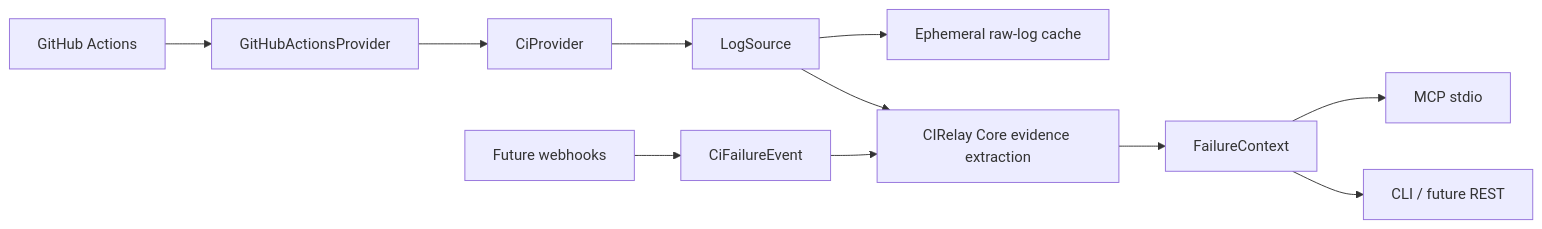
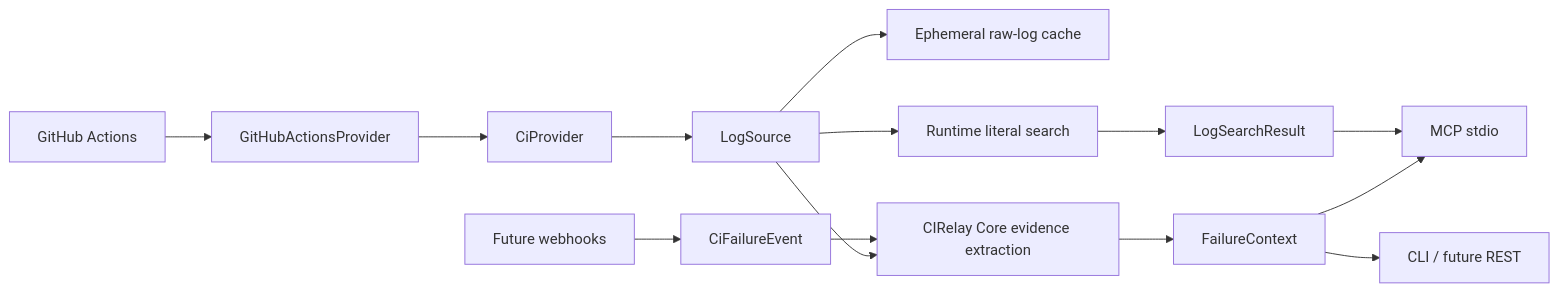
One commit to WaterMelonKnight/CIRelay changed the diagram in docs/architecture.md. Above: the diagram before and after it, drawn with Mermaid. The commit also changed other lines of this file and 7 other files, not shown here.

Commit message:
Add runtime CI job log search

````diff
--- a/docs/architecture.md
+++ b/docs/architecture.md
@@ -7,12 +7,15 @@
 ```mermaid
 flowchart LR
   GH[GitHub Actions] --> GHP[GitHubActionsProvider]
   GHP --> P[CiProvider]
   P --> LS[LogSource]
   LS --> Cache[Ephemeral raw-log cache]
   LS --> Core[CIRelay Core evidence extraction]
+  LS --> Search[Runtime literal search]
   Core --> FC[FailureContext]
+  Search --> LSR[LogSearchResult]
   FC --> MCP[MCP stdio]
+  LSR --> MCP
   FC --> CLI[CLI / future REST]
   WH[Future webhooks] --> EVT[CiFailureEvent] --> Core
 ```
````
